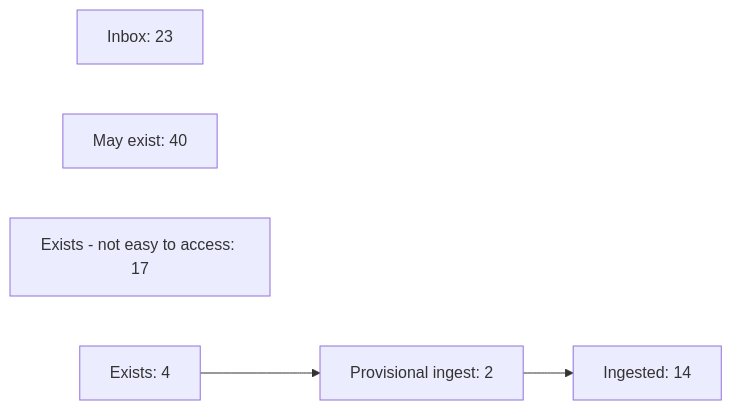
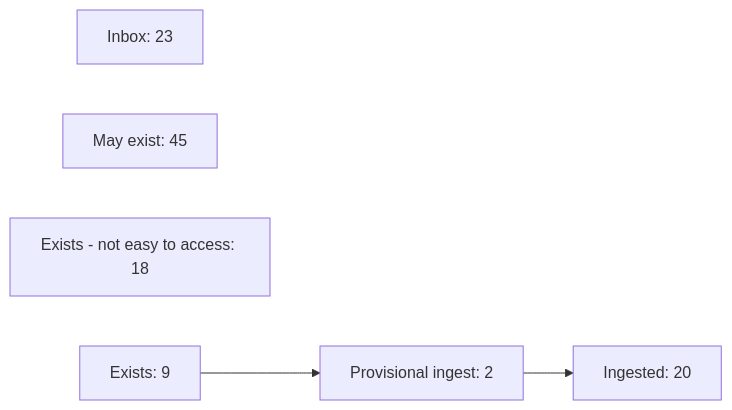
One commit to OpenPKCommons/OPKC changed the first of 2 diagrams in README.md. Above: the diagram before and after it, drawn with Mermaid. The commit also changed 9 other files, not shown here.

````diff
--- a/README.md
+++ b/README.md
@@ -52,10 +52,10 @@
 ```mermaid
 graph LR
 	inbox[Inbox: 23]
-	mayexist[May exist: 40]
-	denea[Exists - not easy to access: 17]
-	exists[Exists: 4]
+	mayexist[May exist: 45]
+	denea[Exists - not easy to access: 18]
+	exists[Exists: 9]
 	provingest[Provisional ingest: 2]
-	ingested[Ingested: 14]
+	ingested[Ingested: 20]
 	exists --> provingest --> ingested
 ```
````
